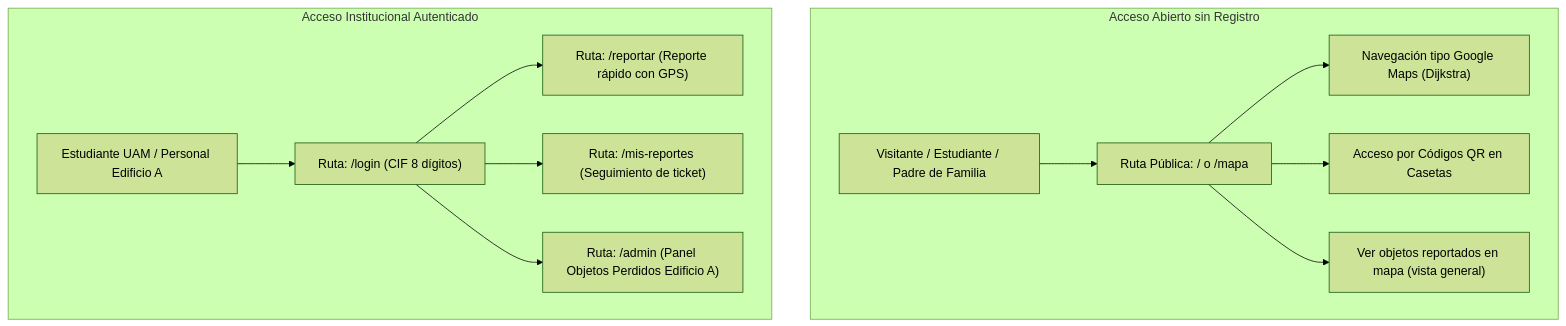
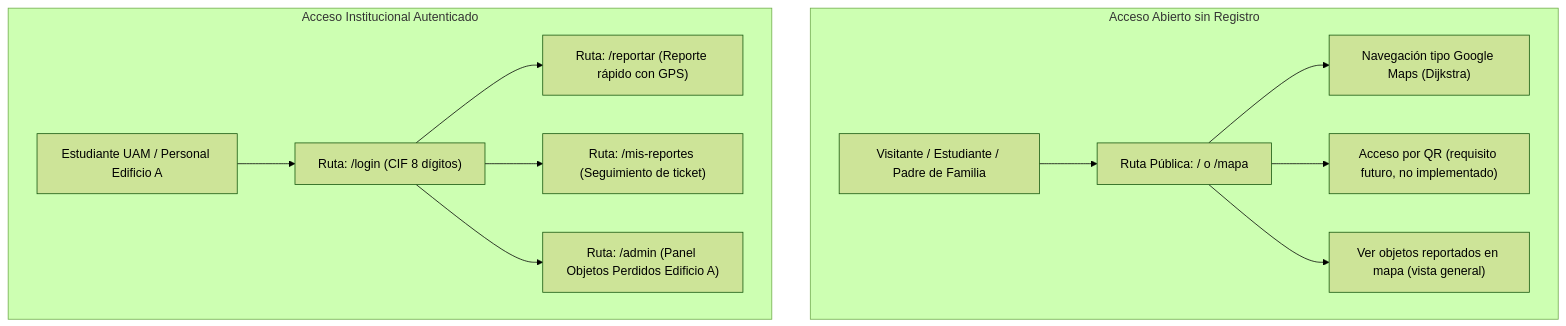
One commit to camijavi/python_flask_jaguar_find changed the fourth of 5 diagrams in ESPECIFICACION_TECNICA_JAGUARFIND.md. Above: the diagram before and after it, drawn with Mermaid (forest theme). The commit also changed other lines of this file and 16 other files, not shown here.

````diff
--- a/ESPECIFICACION_TECNICA_JAGUARFIND.md
+++ b/ESPECIFICACION_TECNICA_JAGUARFIND.md
@@ -247,16 +249,16 @@
 ```mermaid
 graph TD
     subgraph Acceso Abierto sin Registro
         A1["Visitante / Estudiante / Padre de Familia"] --> A2["Ruta Pública: / o /mapa"]
         A2 --> A3["Navegación tipo Google Maps (Dijkstra)"]
-        A2 --> A4["Acceso por Códigos QR en Casetas"]
+        A2 --> A4["Acceso por QR (requisito futuro, no implementado)"]
         A2 --> A5["Ver objetos reportados en mapa (vista general)"]
     end
 
     subgraph Acceso Institucional Autenticado
         B1["Estudiante UAM / Personal Edificio A"] --> B2["Ruta: /login (CIF 8 dígitos)"]
         B2 --> B3["Ruta: /reportar (Reporte rápido con GPS)"]
         B2 --> B4["Ruta: /mis-reportes (Seguimiento de ticket)"]
         B2 --> B5["Ruta: /admin (Panel Objetos Perdidos Edificio A)"]
     end
 ```
````
